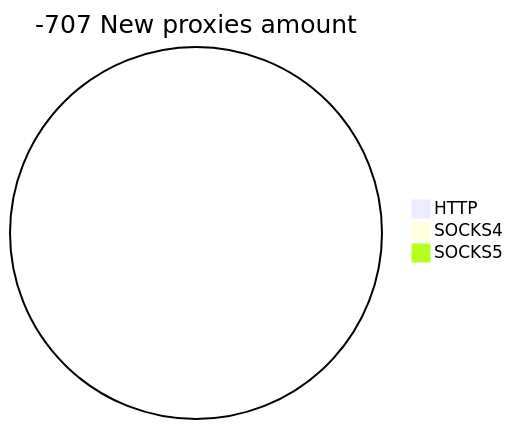
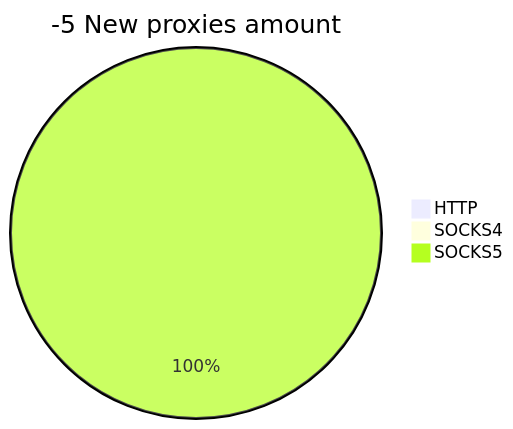
One commit to cutipu/proxylist changed the second of 2 diagrams in README.md. Above: the diagram before and after it, drawn with Mermaid. The commit also changed other lines of this file, not shown here.

````diff
--- a/README.md
+++ b/README.md
@@ -10,6 +10,6 @@
 ```mermaid
-pie title -707 New proxies amount
+pie title -5 New proxies amount
     "HTTP" : 0
     "SOCKS4" : 0
-    "SOCKS5" : 0
+    "SOCKS5" : 5
 ```
````
